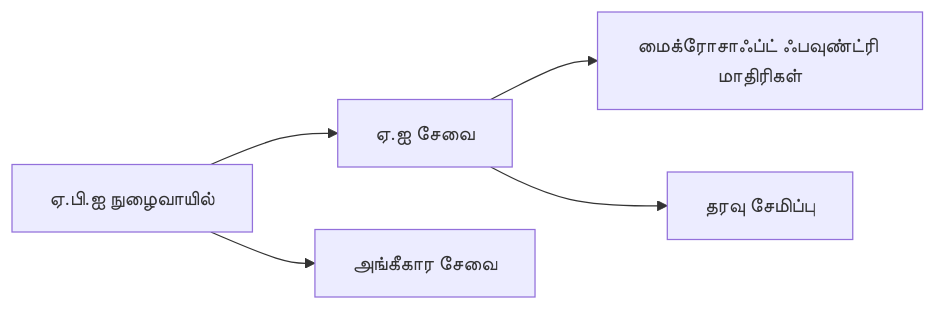
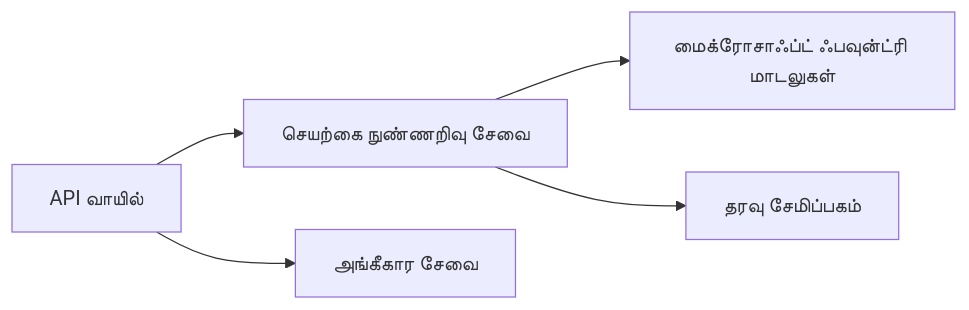
Before and after one commit to microsoft/AZD-for-beginners: the first of 2 diagrams in translations/ta/docs/chapter-08-production/README.md, drawn with Mermaid. The commit also changed other lines of this file and 61 other files, not shown here.

````diff
--- a/translations/ta/docs/chapter-08-production/README.md
+++ b/translations/ta/docs/chapter-08-production/README.md
@@ -48,6 +48,6 @@
 ```mermaid
 graph LR
-    Gateway[ஏ.பி.ஐ நுழைவாயில்] --> AI[ஏ.ஐ சேவை] --> Models[மைக்ரோசாஃப்ட் ஃபவுண்ட்ரி மாதிரிகள்]
+    Gateway[API வாயில்] --> AI[செயற்கை நுண்ணறிவு சேவை] --> Models[மைக்ரோசாஃப்ட் ஃபவுன்ட்ரி மாடலுகள்]
     Gateway --> Auth[அங்கீகார சேவை]
-    AI --> Data[தரவு சேமிப்பு]
+    AI --> Data[தரவு சேமிப்பகம்]
 ```
````
